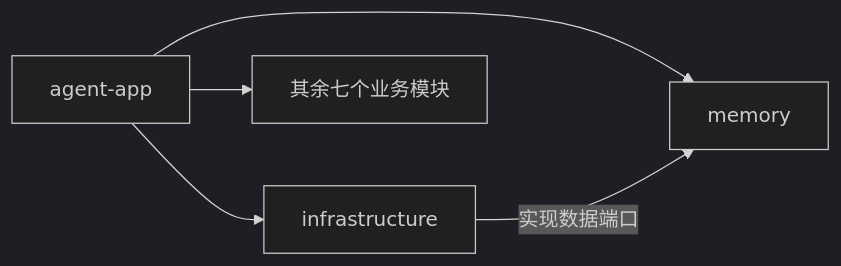
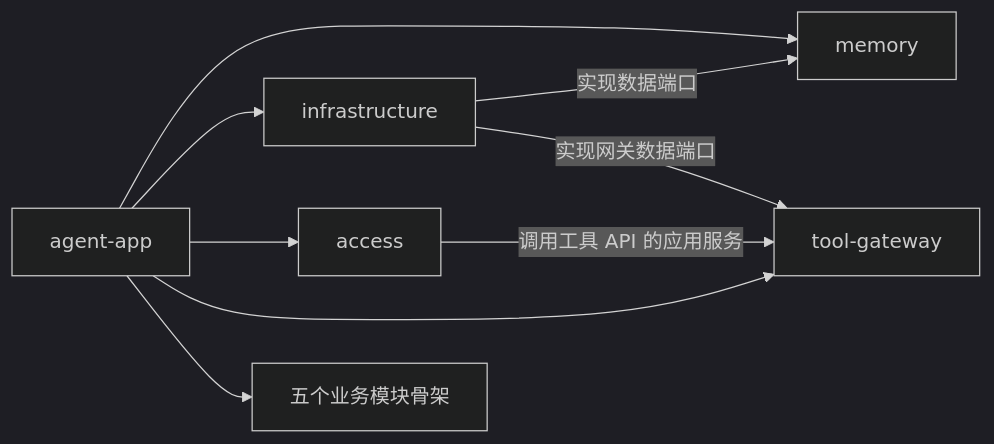
The diagram in docs/implementation/README.md (1625753348/mySuperClaw), drawn with Mermaid (dark theme) before and after one commit. The commit also changed other lines of this file and 23 other files, not shown here.

Commit message:
feat: implement authenticated HTTP tool gateway

````diff
--- a/docs/implementation/README.md
+++ b/docs/implementation/README.md
@@ -26,7 +26,11 @@
 ```mermaid
 flowchart LR
     A["agent-app"] --> M["memory"]
     A --> I["infrastructure"]
-    A --> B["其余七个业务模块"]
+    A --> W["access"]
+    A --> G["tool-gateway"]
+    A --> B["五个业务模块骨架"]
     I -->|"实现数据端口"| M
+    I -->|"实现网关数据端口"| G
+    W -->|"调用工具 API 的应用服务"| G
 ```
````
